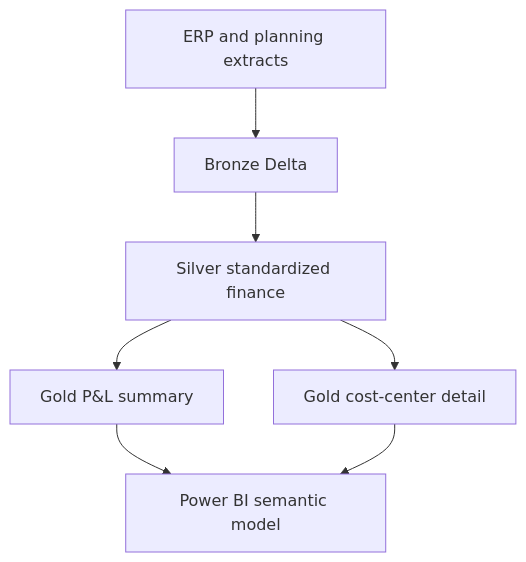
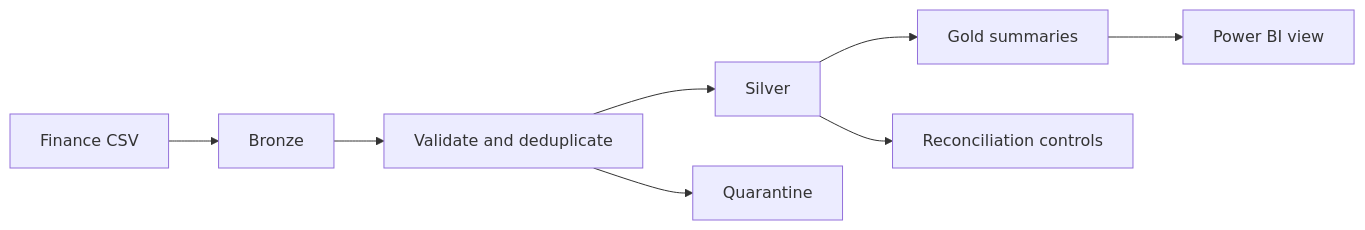
The diagram in projects/finance-reporting-modernization/README.md (Shashidhara-KB/data-engineering-genai-portfolio), drawn with Mermaid before and after one commit. The commit also changed other lines of this file, not shown here.

Commit message:
Make finance modernization project runnable

````diff
--- a/projects/finance-reporting-modernization/README.md
+++ b/projects/finance-reporting-modernization/README.md
@@ -11,9 +19,10 @@
 ```mermaid
-flowchart TD
-    A[ERP and planning extracts] --> B[Bronze Delta]
-    B --> C[Silver standardized finance]
-    C --> D[Gold P&L summary]
-    C --> E[Gold cost-center detail]
-    D --> F[Power BI semantic model]
-    E --> F
+flowchart LR
+    A["Finance CSV"] --> B["Bronze"]
+    B --> C["Validate and deduplicate"]
+    C --> D["Silver"]
+    C --> E["Quarantine"]
+    D --> F["Gold summaries"]
+    F --> G["Power BI view"]
+    D --> H["Reconciliation controls"]
 ```
````
